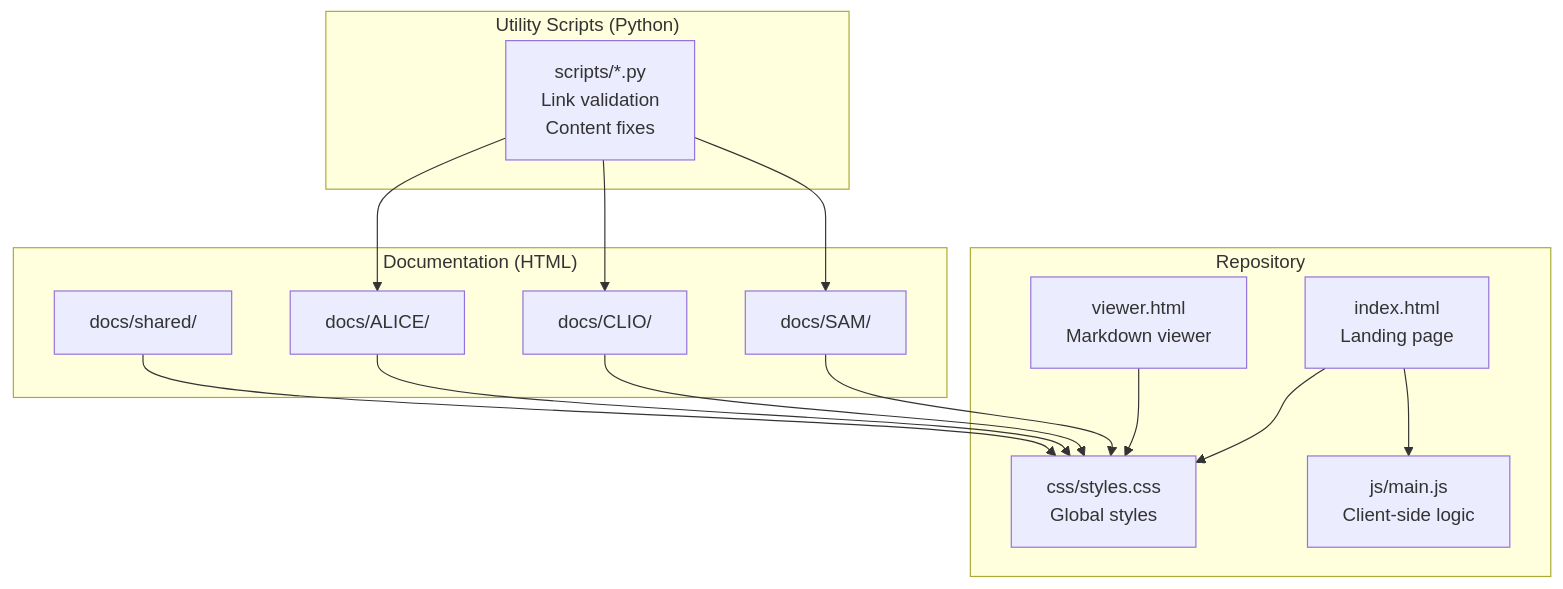
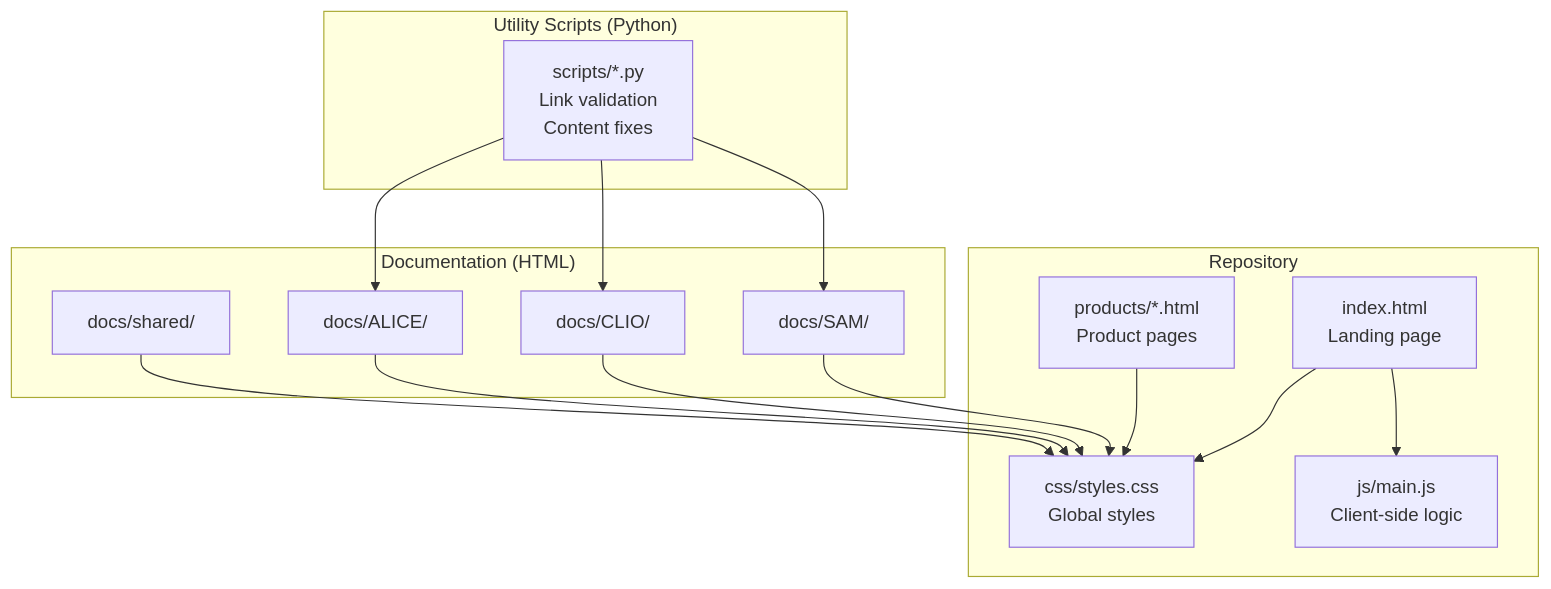
The diagram in AGENTS.md (SyntheticAutonomicMind/website), drawn with Mermaid before and after one commit. The commit also changed other lines of this file and 107 other files, not shown here.

First line of the commit message:
docs: Restructure documentation with standardized templates, product pages, and design system alignment

````diff
--- a/AGENTS.md
+++ b/AGENTS.md
@@ -44,31 +44,31 @@
 ```mermaid
 graph TB
     subgraph "Repository"
         IDX[index.html<br/>Landing page]
-        VIEW[viewer.html<br/>Markdown viewer]
+        PROD[products/*.html<br/>Product pages]
         CSS[css/styles.css<br/>Global styles]
         JS[js/main.js<br/>Client-side logic]
     end
 
     subgraph "Documentation (HTML)"
         SAM[docs/SAM/]
         CLIO[docs/CLIO/]
         ALICE[docs/ALICE/]
         SHARED[docs/shared/]
     end
 
     subgraph "Utility Scripts (Python)"
         SCRIPTS[scripts/*.py<br/>Link validation<br/>Content fixes]
     end
 
     IDX --> CSS
     IDX --> JS
-    VIEW --> CSS
+    PROD --> CSS
     SAM --> CSS
     CLIO --> CSS
     ALICE --> CSS
     SHARED --> CSS
     SCRIPTS --> SAM
     SCRIPTS --> CLIO
     SCRIPTS --> ALICE
 ```
````
